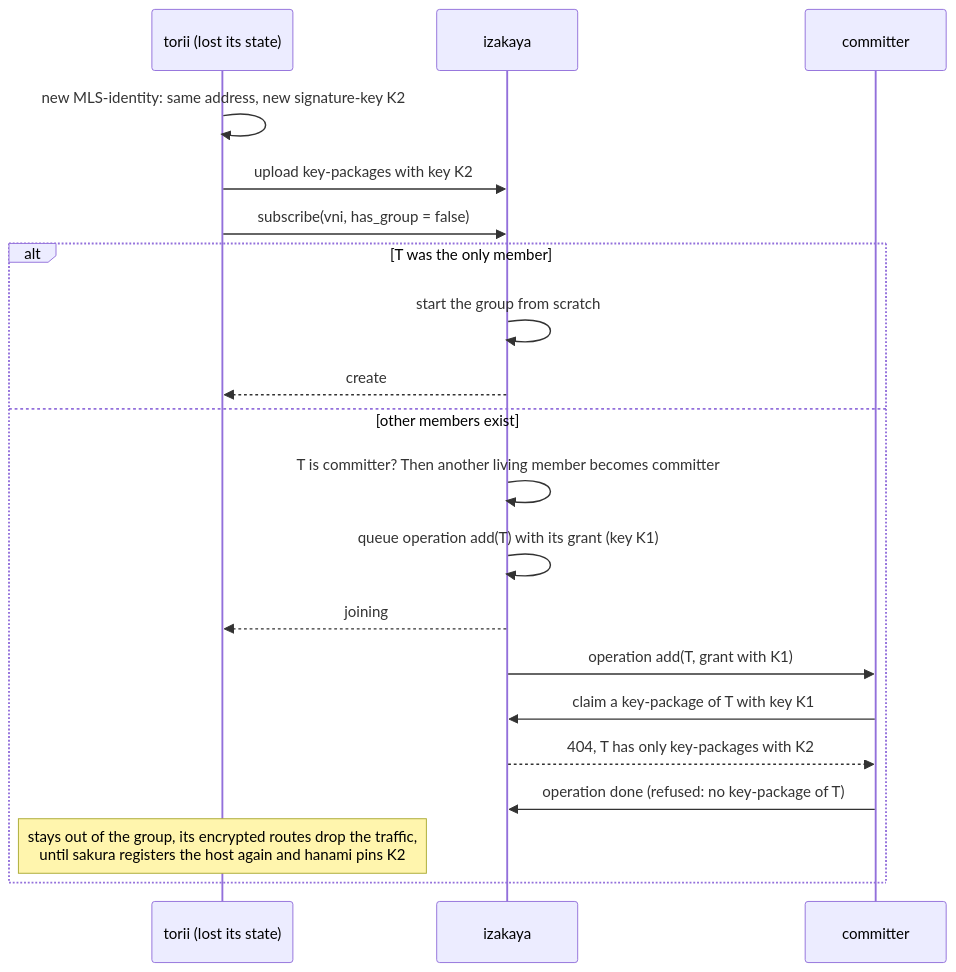
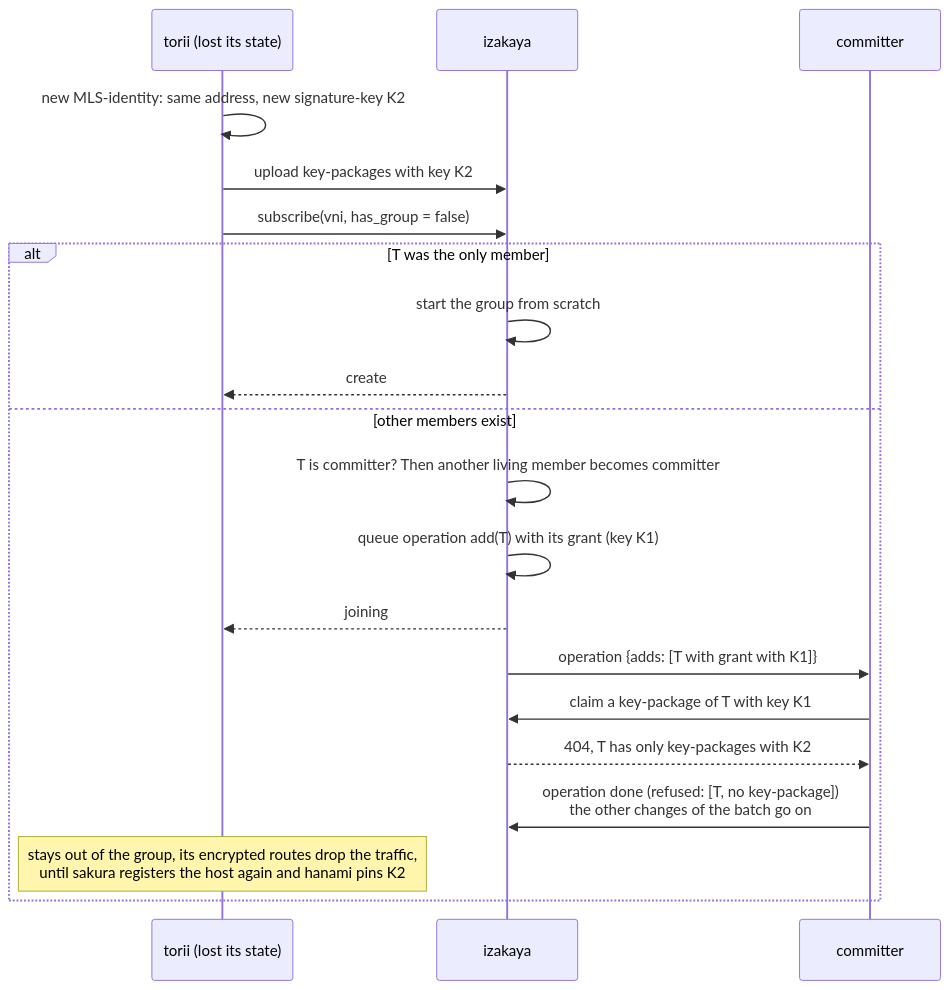
Before and after one commit to kitsudaiki/ainari: diagram 15 of 20 in docs/developer/sequence_diagrams/network_crypto_key_exchange.md, drawn with Mermaid. The commit also changed other lines of this file and 3 other files, not shown here.

````diff
--- a/docs/developer/sequence_diagrams/network_crypto_key_exchange.md
+++ b/docs/developer/sequence_diagrams/network_crypto_key_exchange.md
@@ -484,23 +537,23 @@
 ```mermaid
 sequenceDiagram
     participant T as torii (lost its state)
     participant I as izakaya
     participant C as committer
 
     T->>T: new MLS-identity: same address, new signature-key K2
     T->>I: upload key-packages with key K2
     T->>I: subscribe(vni, has_group = false)
     alt T was the only member
         I->>I: start the group from scratch
         I-->>T: create
     else other members exist
         I->>I: T is committer? Then another living member becomes committer
         I->>I: queue operation add(T) with its grant (key K1)
         I-->>T: joining
-        I->>C: operation add(T, grant with K1)
+        I->>C: operation {adds: [T with grant with K1]}
         C->>I: claim a key-package of T with key K1
         I-->>C: 404, T has only key-packages with K2
-        C->>I: operation done (refused: no key-package of T)
+        C->>I: operation done (refused: [T, no key-package])<br/>the other changes of the batch go on
         Note over T: stays out of the group, its encrypted routes drop the traffic,<br/>until sakura registers the host again and hanami pins K2
     end
 ```
````
